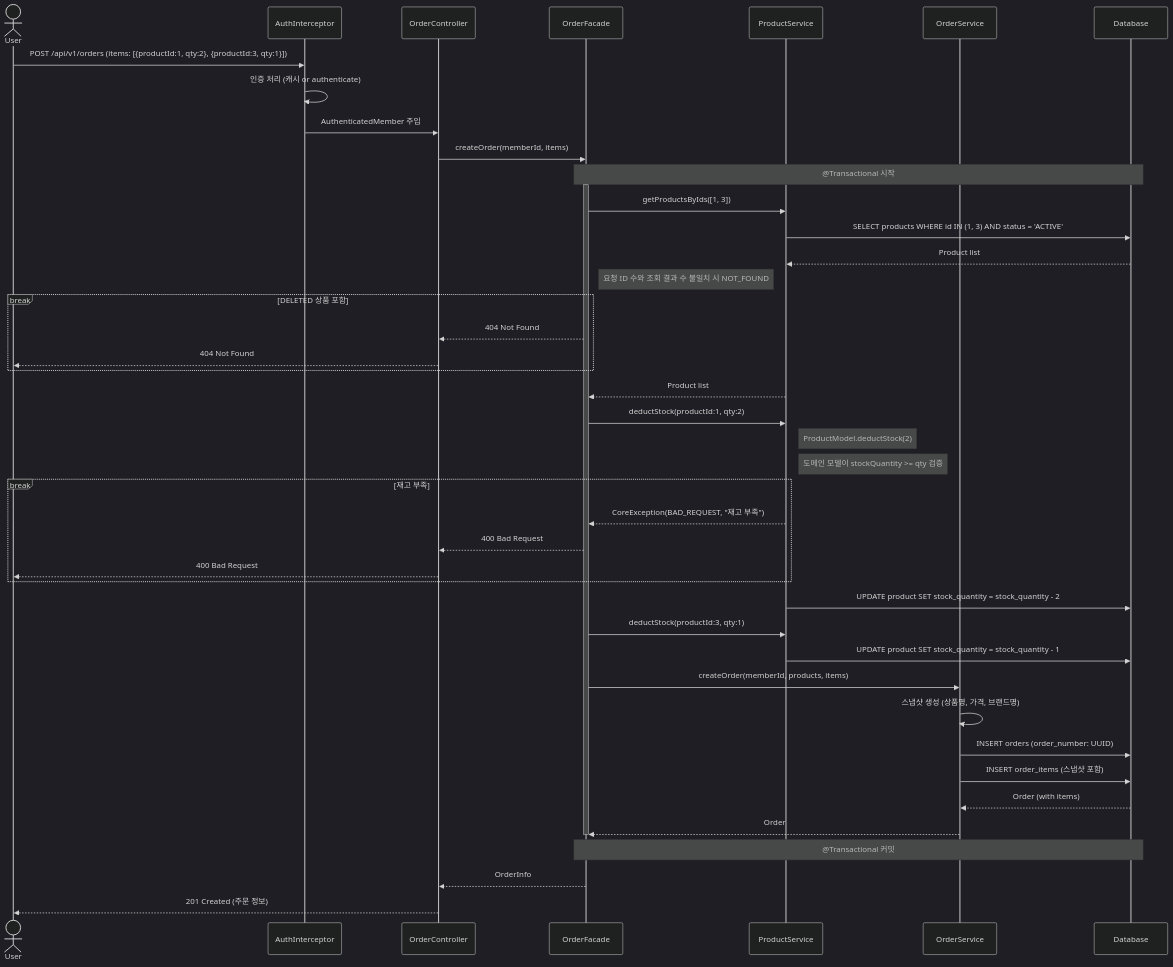
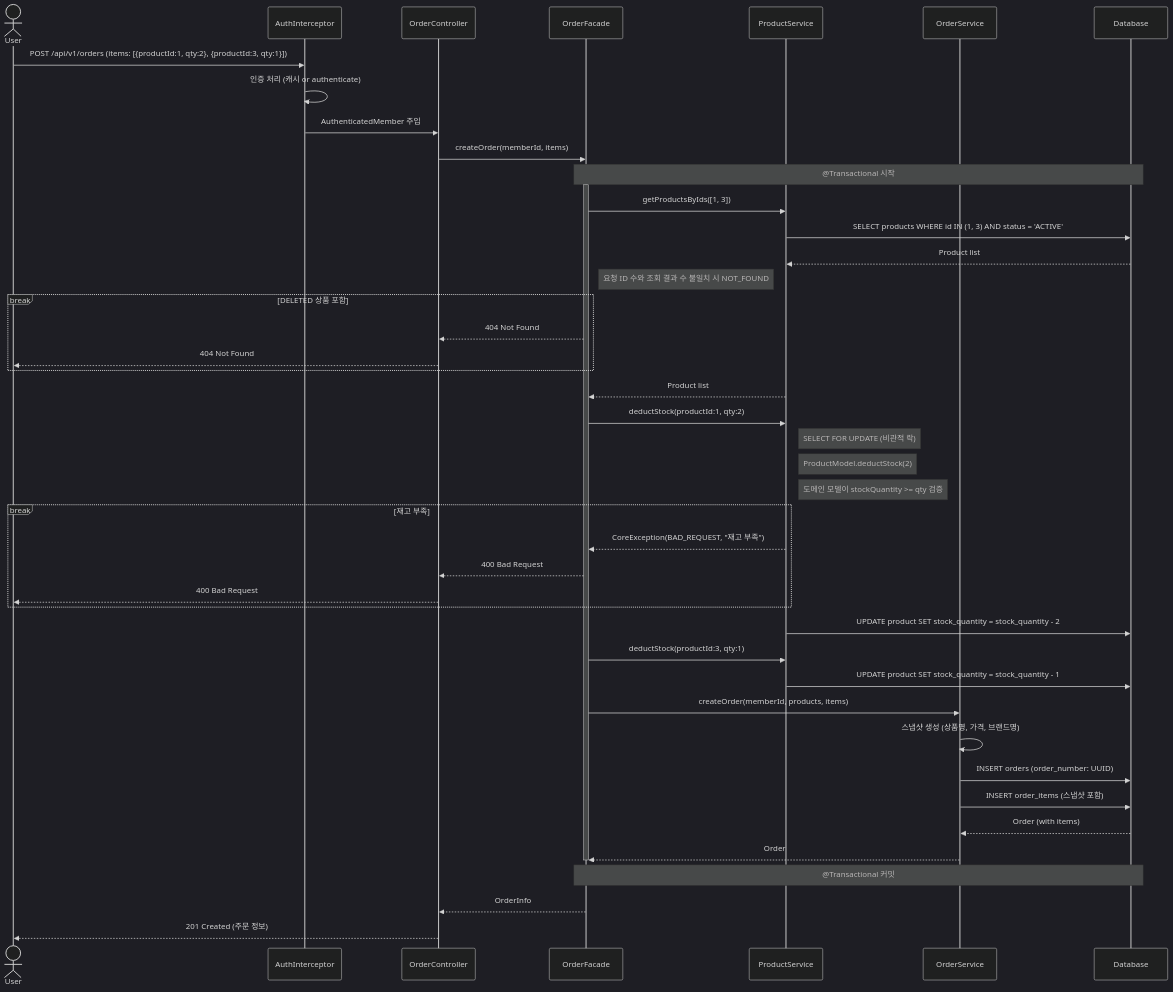
One commit to SungHoonKim-Ski/loop-pack-be-l2-vol3-kotlin changed the second of 5 diagrams in docs/design/02-sequence-diagrams.md. Above: the diagram before and after it, drawn with Mermaid (dark theme). The commit also changed other lines of this file and 4 other files, not shown here.

````diff
--- a/docs/design/02-sequence-diagrams.md
+++ b/docs/design/02-sequence-diagrams.md
@@ -126,55 +126,56 @@
 ```mermaid
 sequenceDiagram
     actor User
     participant Interceptor as AuthInterceptor
     participant Controller as OrderController
     participant Facade as OrderFacade
     participant ProductSvc as ProductService
     participant OrderSvc as OrderService
     participant DB as Database
 
     User->>Interceptor: POST /api/v1/orders (items: [{productId:1, qty:2}, {productId:3, qty:1}])
     Interceptor->>Interceptor: 인증 처리 (캐시 or authenticate)
     Interceptor->>Controller: AuthenticatedMember 주입
 
     Controller->>Facade: createOrder(memberId, items)
 
     Note over Facade, DB: @Transactional 시작
     activate Facade
 
     Facade->>ProductSvc: getProductsByIds([1, 3])
     ProductSvc->>DB: SELECT products WHERE id IN (1, 3) AND status = 'ACTIVE'
     DB-->>ProductSvc: Product list
     Note right of Facade: 요청 ID 수와 조회 결과 수 불일치 시 NOT_FOUND
     break DELETED 상품 포함
         Facade-->>Controller: 404 Not Found
         Controller-->>User: 404 Not Found
     end
     ProductSvc-->>Facade: Product list
 
     Facade->>ProductSvc: deductStock(productId:1, qty:2)
+    Note right of ProductSvc: SELECT FOR UPDATE (비관적 락)
     Note right of ProductSvc: ProductModel.deductStock(2)
     Note right of ProductSvc: 도메인 모델이 stockQuantity >= qty 검증
     break 재고 부족
         ProductSvc-->>Facade: CoreException(BAD_REQUEST, "재고 부족")
         Facade-->>Controller: 400 Bad Request
         Controller-->>User: 400 Bad Request
     end
     ProductSvc->>DB: UPDATE product SET stock_quantity = stock_quantity - 2
 
     Facade->>ProductSvc: deductStock(productId:3, qty:1)
     ProductSvc->>DB: UPDATE product SET stock_quantity = stock_quantity - 1
 
     Facade->>OrderSvc: createOrder(memberId, products, items)
     OrderSvc->>OrderSvc: 스냅샷 생성 (상품명, 가격, 브랜드명)
     OrderSvc->>DB: INSERT orders (order_number: UUID)
     OrderSvc->>DB: INSERT order_items (스냅샷 포함)
     DB-->>OrderSvc: Order (with items)
     OrderSvc-->>Facade: Order
 
     deactivate Facade
     Note over Facade, DB: @Transactional 커밋
 
     Facade-->>Controller: OrderInfo
     Controller-->>User: 201 Created (주문 정보)
 ```
````
